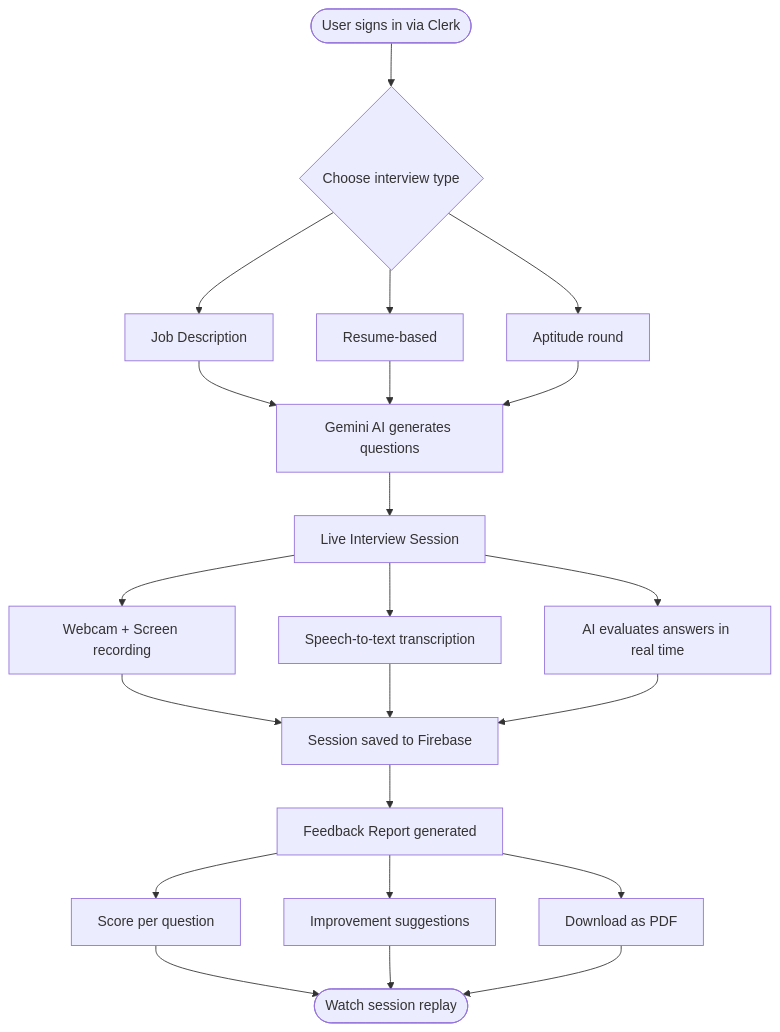
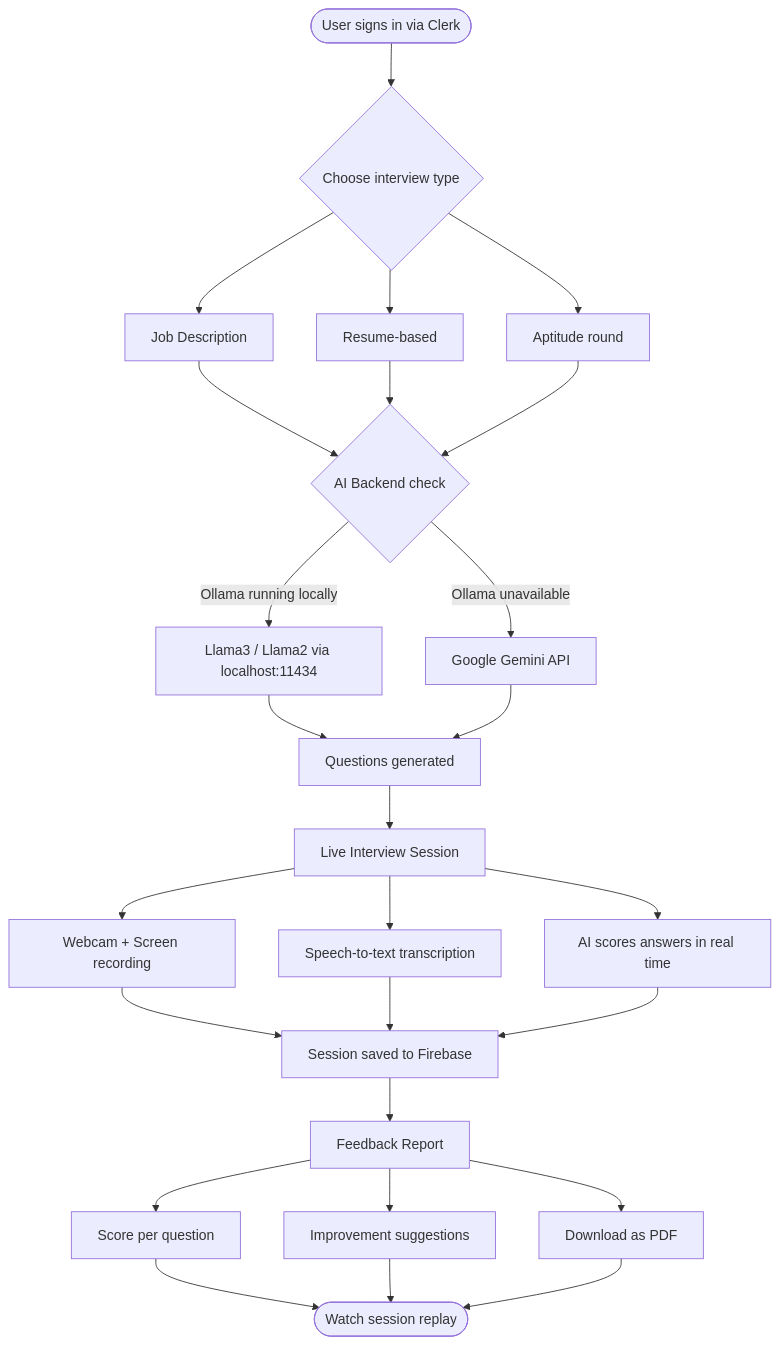
Before and after one commit to Angane2004/mockai: the diagram in README.md, drawn with Mermaid. The commit also changed other lines of this file, not shown here.

````diff
--- a/README.md
+++ b/README.md
@@ -25,25 +25,31 @@
 ```mermaid
 flowchart TD
     A([User signs in via Clerk]) --> B{Choose interview type}
     B --> C[Job Description]
     B --> D[Resume-based]
     B --> E[Aptitude round]
 
-    C --> F[Gemini AI generates questions]
+    C --> F{AI Backend check}
     D --> F
     E --> F
 
-    F --> G[Live Interview Session]
-    G --> G1[Webcam + Screen recording]
-    G --> G2[Speech-to-text transcription]
-    G --> G3[AI evaluates answers in real time]
+    F -->|Ollama running locally| G[Llama3 / Llama2 via localhost:11434]
+    F -->|Ollama unavailable| H[Google Gemini API]
 
-    G1 & G2 & G3 --> H[Session saved to Firebase]
+    G --> I[Questions generated]
+    H --> I
 
-    H --> I[Feedback Report generated]
-    I --> I1[Score per question]
-    I --> I2[Improvement suggestions]
-    I --> I3[Download as PDF]
+    I --> J[Live Interview Session]
+    J --> J1[Webcam + Screen recording]
+    J --> J2[Speech-to-text transcription]
+    J --> J3[AI scores answers in real time]
 
-    I1 & I2 & I3 --> J([Watch session replay])
+    J1 & J2 & J3 --> K[Session saved to Firebase]
+
+    K --> L[Feedback Report]
+    L --> L1[Score per question]
+    L --> L2[Improvement suggestions]
+    L --> L3[Download as PDF]
+
+    L1 & L2 & L3 --> M([Watch session replay])
 ```
````
